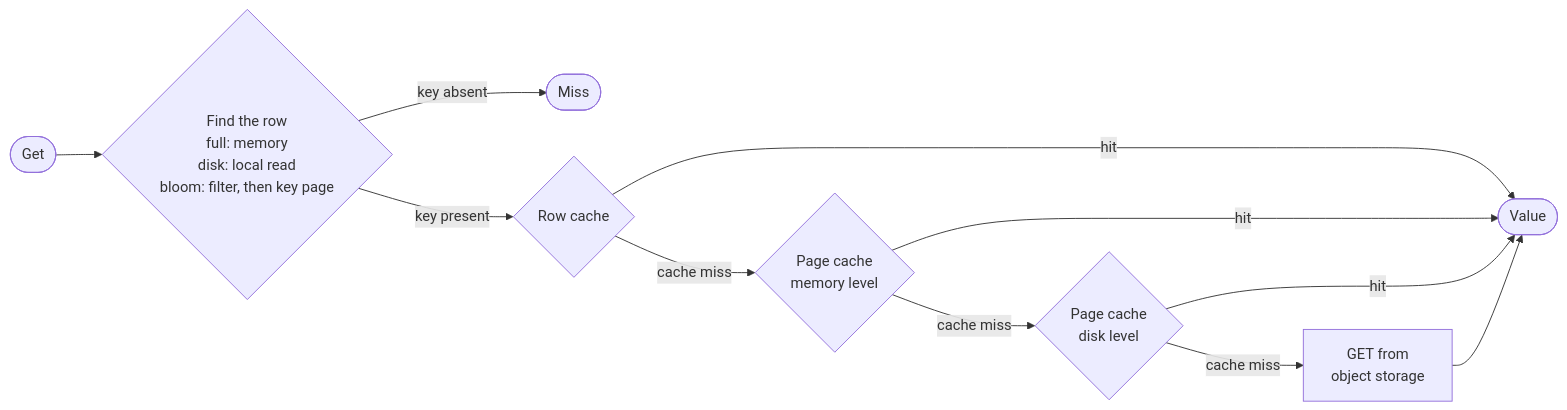
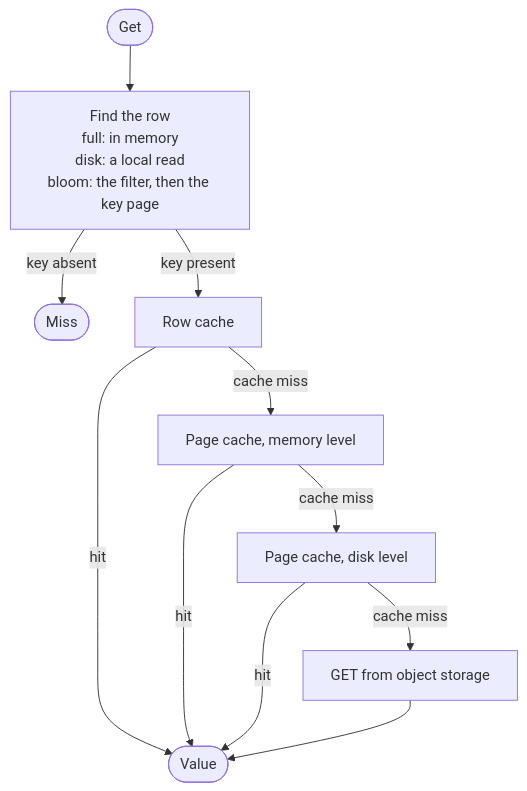
Before and after one commit to ZipRecruiter/icetray: the diagram in README.md, drawn with Mermaid.

Commit message:
docs: the README's lookup diagram runs top to bottom, which GitHub renders legibly

````diff
--- a/README.md
+++ b/README.md
@@ -210,12 +210,13 @@
 ```mermaid
-flowchart LR
-    get([Get]) --> find{"Find the row<br/>full: memory<br/>disk: local read<br/>bloom: filter, then key page"}
+flowchart TB
+    get([Get]) --> find["Find the row<br/>full: in memory<br/>disk: a local read<br/>bloom: the filter, then the key page"]
     find -- key absent --> miss([Miss])
-    find -- key present --> row{Row cache}
+    find -- key present --> row[Row cache]
+    row -- cache miss --> mem[Page cache, memory level]
+    mem -- cache miss --> disk[Page cache, disk level]
+    disk -- cache miss --> s3[GET from object storage]
     row -- hit --> done([Value])
-    row -- cache miss --> mem{"Page cache<br/>memory level"}
     mem -- hit --> done
-    mem -- cache miss --> disk{"Page cache<br/>disk level"}
     disk -- hit --> done
-    disk -- cache miss --> s3["GET from<br/>object storage"] --> done
+    s3 --> done
 ```
````
